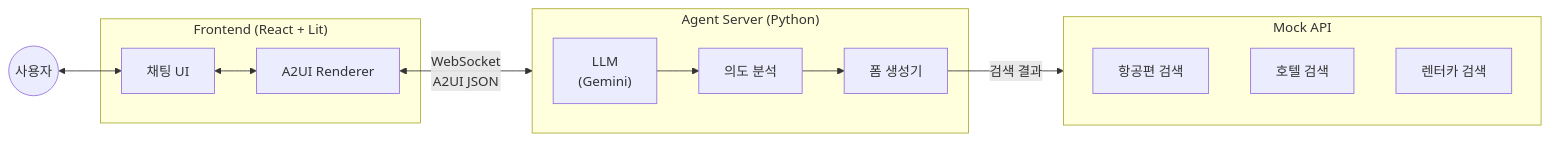
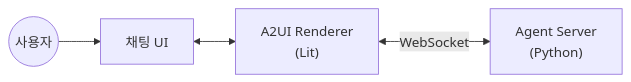
Before and after one commit to BuildingOwner/Trip-Booking-Bot-A2UI: the diagram in README.md, drawn with Mermaid. The commit also changed other lines of this file and 45 other files, not shown here.

````diff
--- a/README.md
+++ b/README.md
@@ -37,25 +7,6 @@
 ```mermaid
 flowchart LR
-    subgraph Frontend["Frontend (React + Lit)"]
-        Chat["채팅 UI"]
-        A2UI["A2UI Renderer"]
-        Chat <--> A2UI
-    end
-
-    subgraph Agent["Agent Server (Python)"]
-        LLM["LLM<br/>(Gemini)"]
-        Intent["의도 분석"]
-        FormGen["폼 생성기"]
-        LLM --> Intent --> FormGen
-    end
-
-    subgraph MockAPI["Mock API"]
-        Flights["항공편 검색"]
-        Hotels["호텔 검색"]
-        Cars["렌터카 검색"]
-    end
-
-    User((사용자)) <--> Chat
-    A2UI <-->|"WebSocket<br/>A2UI JSON"| Agent
-    FormGen -->|"검색 결과"| MockAPI
+    User((사용자)) --> Chat["채팅 UI"]
+    Chat <--> A2UI["A2UI Renderer<br/>(Lit)"]
+    A2UI <-->|"WebSocket"| Agent["Agent Server<br/>(Python)"]
 ```
````
